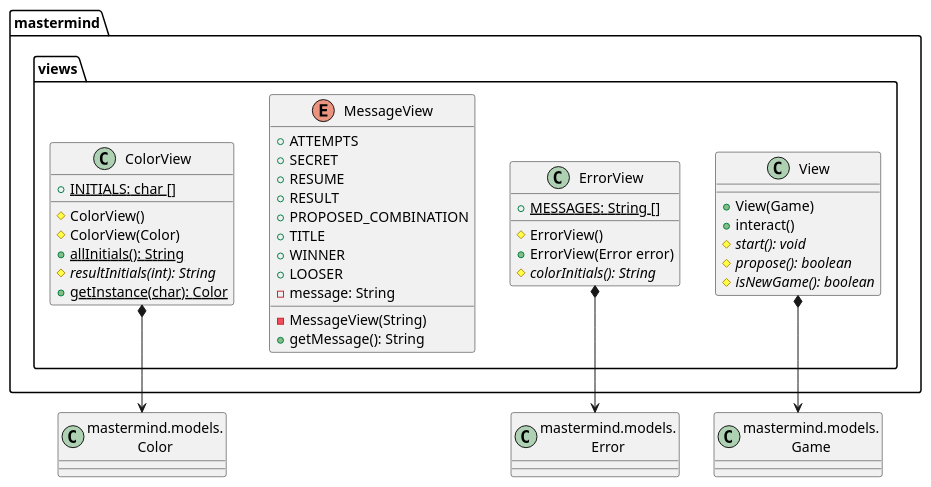
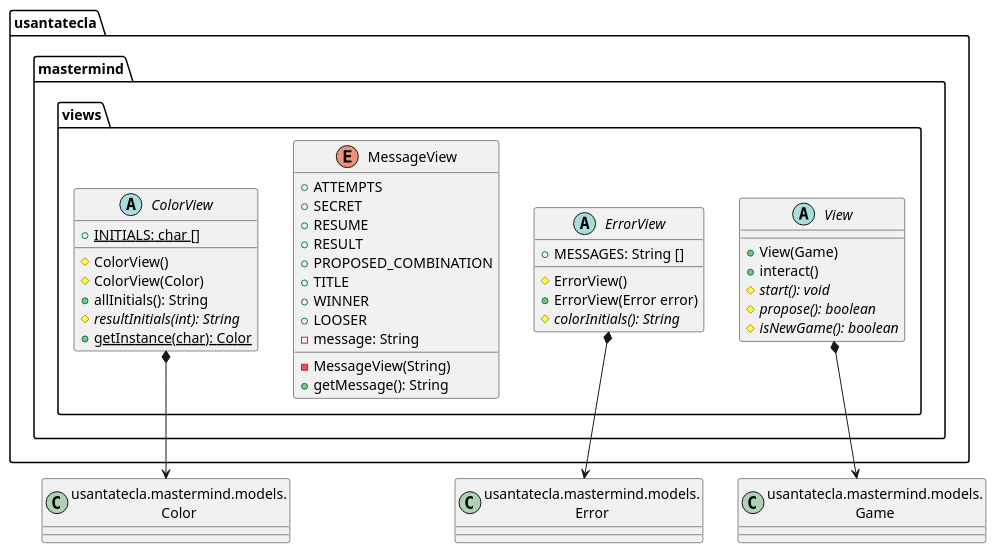
Before and after one commit to SantaTecla-mastermind/solution.java.swing.socket.sql: the second of 6 diagrams in documentView/withoutFactoryMethod/docs/diagrams/src/paquetes.plantuml, drawn with PlantUML. The commit also changed other lines of this file and 15 other files, not shown here.

Commit message:
README dv.withoutFactory - Falta solo paquete graphics. Refactorizado nombre paquetes con 'usantatecla'.

```diff
--- a/documentView/withoutFactoryMethod/docs/diagrams/src/paquetes.plantuml
+++ b/documentView/withoutFactoryMethod/docs/diagrams/src/paquetes.plantuml
@@ -28,46 +28,46 @@
-@startuml mastermind.views
-class Error as "mastermind.models.\nError"{}
-class Color as "mastermind.models.\nColor"{}
-class Game as "mastermind.models.\nGame"{}
+@startuml usantatecla.mastermind.views
+class Error as "usantatecla.mastermind.models.\nError"{}
+class Color as "usantatecla.mastermind.models.\nColor"{}
+class Game as "usantatecla.mastermind.models.\nGame"{}
 
-class mastermind.views.ColorView{
+abstract class usantatecla.mastermind.views.ColorView{
     + {static} INITIALS: char []
     # ColorView()
     # ColorView(Color)
-    + {static} allInitials(): String
+    + allInitials(): String
     # {abstract} resultInitials(int): String
     + {static} getInstance(char): Color
 }
-mastermind.views.ColorView *-down-> Color
+usantatecla.mastermind.views.ColorView *-down-> Color
 
-class mastermind.views.ErrorView{
-    + {static} MESSAGES: String []
+abstract class usantatecla.mastermind.views.ErrorView{
+    + MESSAGES: String []
     # ErrorView()
     + ErrorView(Error error)
     # {abstract} colorInitials(): String
 }
-mastermind.views.ErrorView *-down-> Error
+usantatecla.mastermind.views.ErrorView *-down-> Error
 
-enum mastermind.views.MessageView{
+enum usantatecla.mastermind.views.MessageView{
     + ATTEMPTS
     + SECRET
     + RESUME
     + RESULT
     + PROPOSED_COMBINATION
     + TITLE
     + WINNER
     + LOOSER
     - message: String
     - MessageView(String)
     + getMessage(): String
 }
 
-class mastermind.views.View {
+abstract class usantatecla.mastermind.views.View {
     + View(Game)
     + interact()
     # {abstract} start(): void
     # {abstract} propose(): boolean
     # {abstract} isNewGame(): boolean
 }
-mastermind.views.View *-down-> Game
+usantatecla.mastermind.views.View *-down-> Game
 @enduml
```
